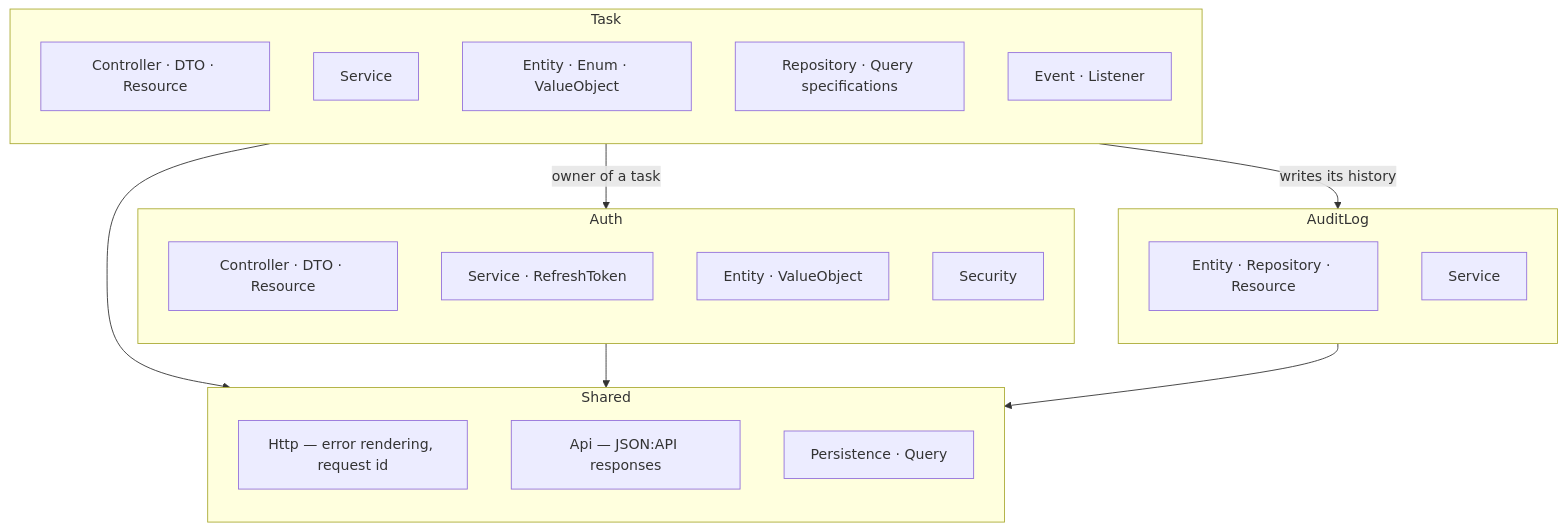
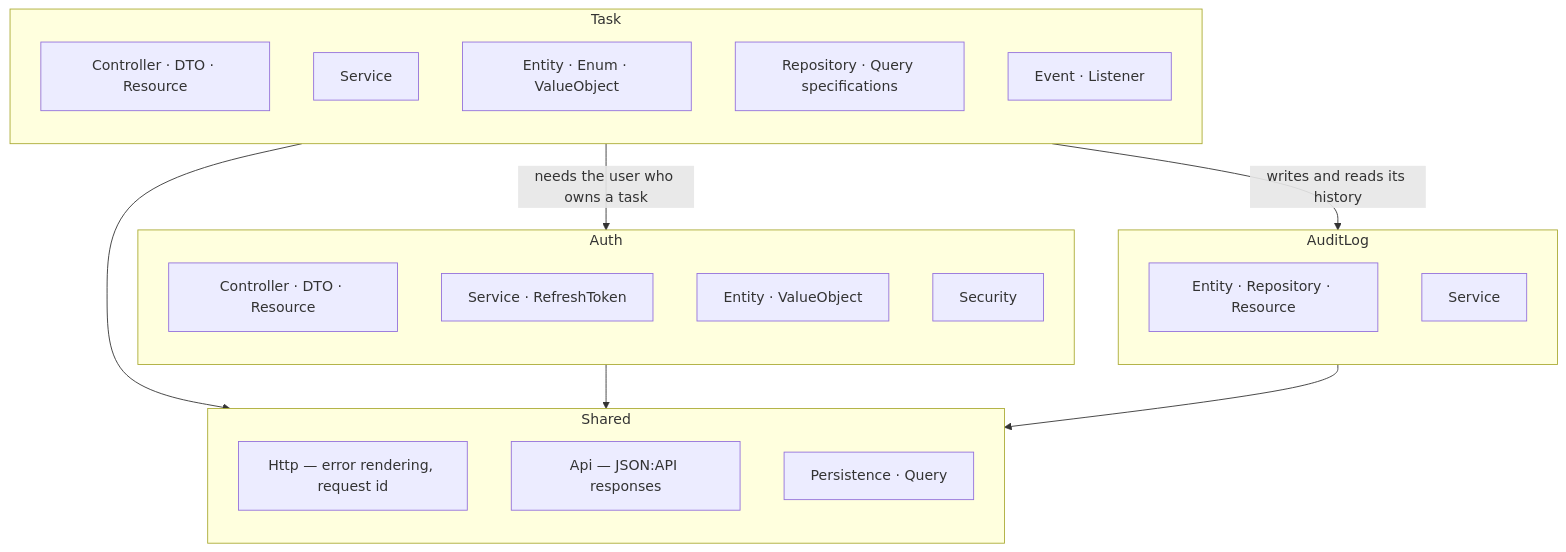
Before and after one commit to NikitaSomik/symfony-todo-app: the second of 5 diagrams in docs/architecture.md, drawn with Mermaid. The commit also changed other lines of this file and 1 other file, not shown here.

````diff
--- a/docs/architecture.md
+++ b/docs/architecture.md
@@ -29,38 +29,38 @@
 ```mermaid
 flowchart TB
     subgraph Task
         direction TB
         t1[Controller · DTO · Resource]
         t2[Service]
         t3[Entity · Enum · ValueObject]
         t4[Repository · Query specifications]
         t5[Event · Listener]
     end
 
     subgraph Auth
         direction TB
         a1[Controller · DTO · Resource]
         a2[Service · RefreshToken]
         a3[Entity · ValueObject]
         a4[Security]
     end
 
     subgraph AuditLog
         direction TB
         l1[Entity · Repository · Resource]
         l2[Service]
     end
 
     subgraph Shared
         direction TB
         s1[Http — error rendering, request id]
         s2[Api — JSON:API responses]
         s4[Persistence · Query]
     end
 
-    Task -->|owner of a task| Auth
-    Task -->|writes its history| AuditLog
+    Task -->|needs the user who owns a task| Auth
+    Task -->|writes and reads its history| AuditLog
     Task --> Shared
     Auth --> Shared
     AuditLog --> Shared
 ```
````
